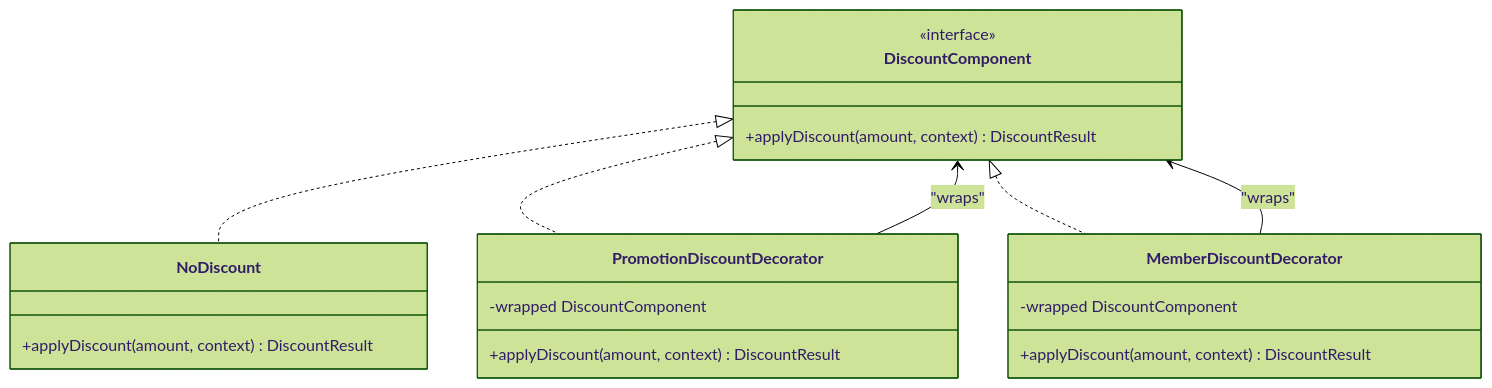
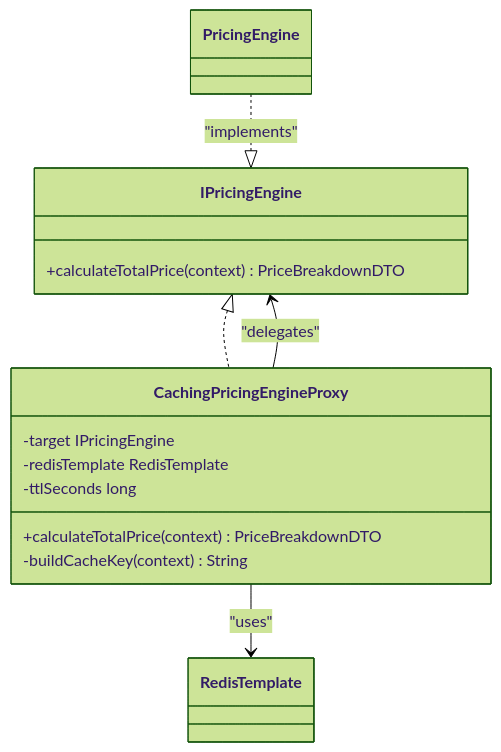
Before and after one commit to anhtudayne/Design_Pattern: the fourth of 8 diagrams in .qoder/repowiki/en/content/Design Patterns Implementation/Dynamic Pricing Engine.md, drawn with Mermaid (forest theme). The commit also changed other lines of this file and 10 other files, not shown here.

````diff
--- a/.qoder/repowiki/en/content/Design Patterns Implementation/Dynamic Pricing Engine.md
+++ b/.qoder/repowiki/en/content/Design Patterns Implementation/Dynamic Pricing Engine.md
@@ -367,23 +278,18 @@
 ```mermaid
 classDiagram
-class DiscountComponent {
-<<interface>>
-+applyDiscount(amount, context) DiscountResult
+class IPricingEngine {
++calculateTotalPrice(context) PriceBreakdownDTO
 }
-class NoDiscount {
-+applyDiscount(amount, context) DiscountResult
+class CachingPricingEngineProxy {
+-target IPricingEngine
+-redisTemplate RedisTemplate
+-ttlSeconds long
++calculateTotalPrice(context) PriceBreakdownDTO
+-buildCacheKey(context) String
 }
-class PromotionDiscountDecorator {
--wrapped DiscountComponent
-+applyDiscount(amount, context) DiscountResult
-}
-class MemberDiscountDecorator {
--wrapped DiscountComponent
-+applyDiscount(amount, context) DiscountResult
-}
-DiscountComponent <|.. NoDiscount
-DiscountComponent <|.. PromotionDiscountDecorator
-PromotionDiscountDecorator --> DiscountComponent : "wraps"
-DiscountComponent <|.. MemberDiscountDecorator
-MemberDiscountDecorator --> DiscountComponent : "wraps"
+class PricingEngine
+IPricingEngine <|.. CachingPricingEngineProxy
+CachingPricingEngineProxy --> IPricingEngine : "delegates"
+CachingPricingEngineProxy --> RedisTemplate : "uses"
+PricingEngine ..|> IPricingEngine : "implements"
 ```
````
